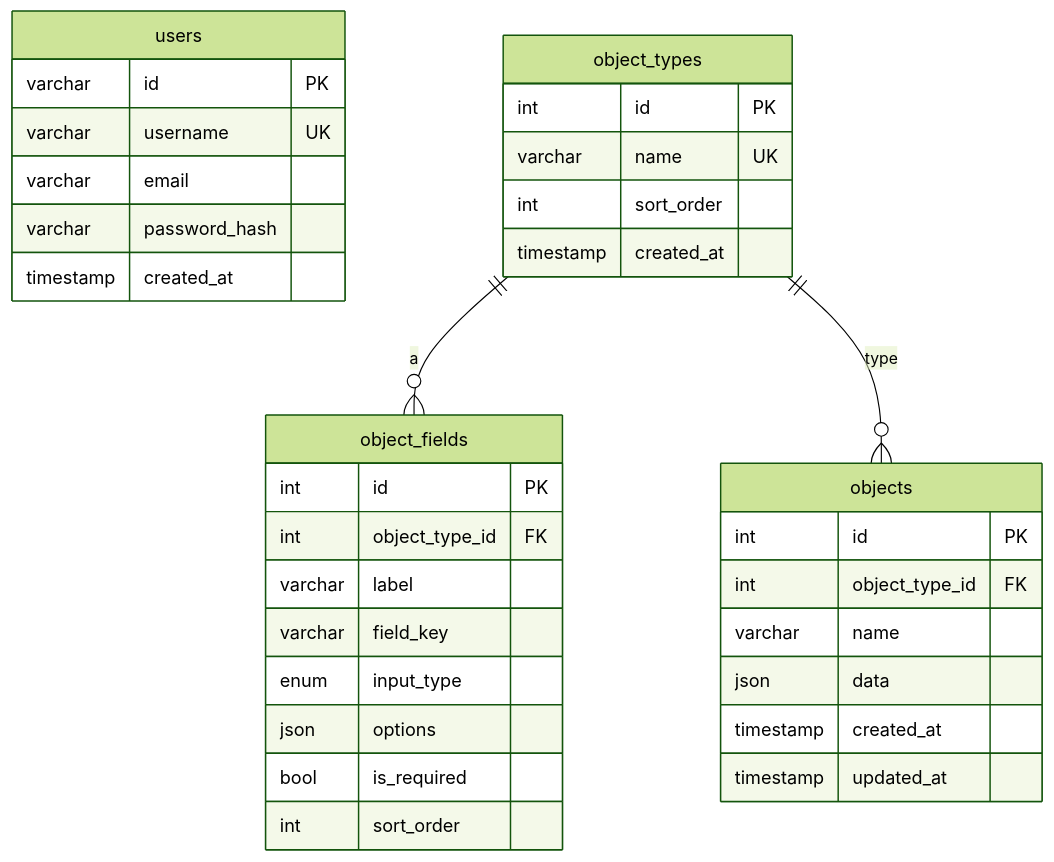
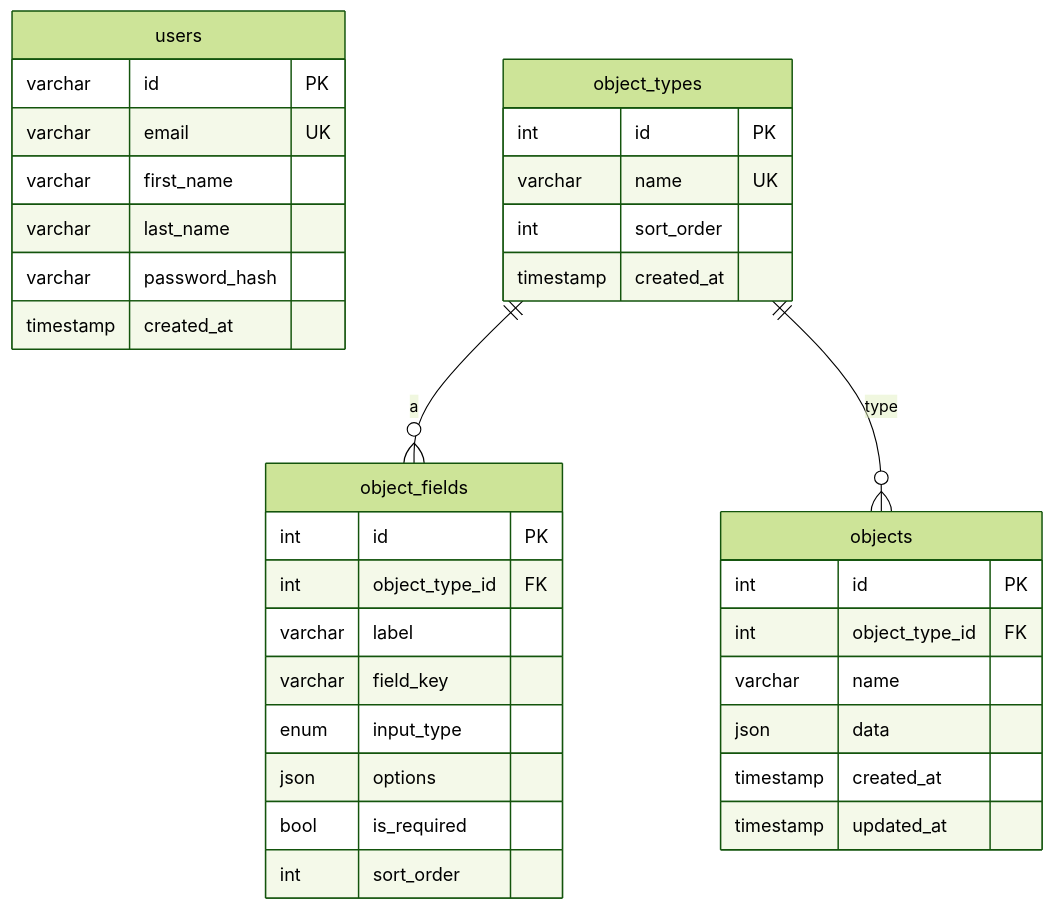
One commit to Ensemble-Scolaire-Jean-XXIII/Inventory-IT changed the second of 3 diagrams in docs/technical-doc.md. Above: the diagram before and after it, drawn with Mermaid (forest theme). The commit also changed other lines of this file and 28 other files, not shown here.

````diff
--- a/docs/technical-doc.md
+++ b/docs/technical-doc.md
@@ -32,37 +32,38 @@
 ```mermaid
 erDiagram
     users {
         varchar id PK
-        varchar username UK
-        varchar email
+        varchar email UK
+        varchar first_name
+        varchar last_name
         varchar password_hash
         timestamp created_at
     }
     object_types {
         int id PK
         varchar name UK
         int sort_order
         timestamp created_at
     }
     object_fields {
         int id PK
         int object_type_id FK
         varchar label
         varchar field_key
         enum input_type
         json options
         bool is_required
         int sort_order
     }
     objects {
         int id PK
         int object_type_id FK
         varchar name
         json data
         timestamp created_at
         timestamp updated_at
     }
 
     object_types ||--o{ object_fields : "a"
     object_types ||--o{ objects : "type"
 ```
````
